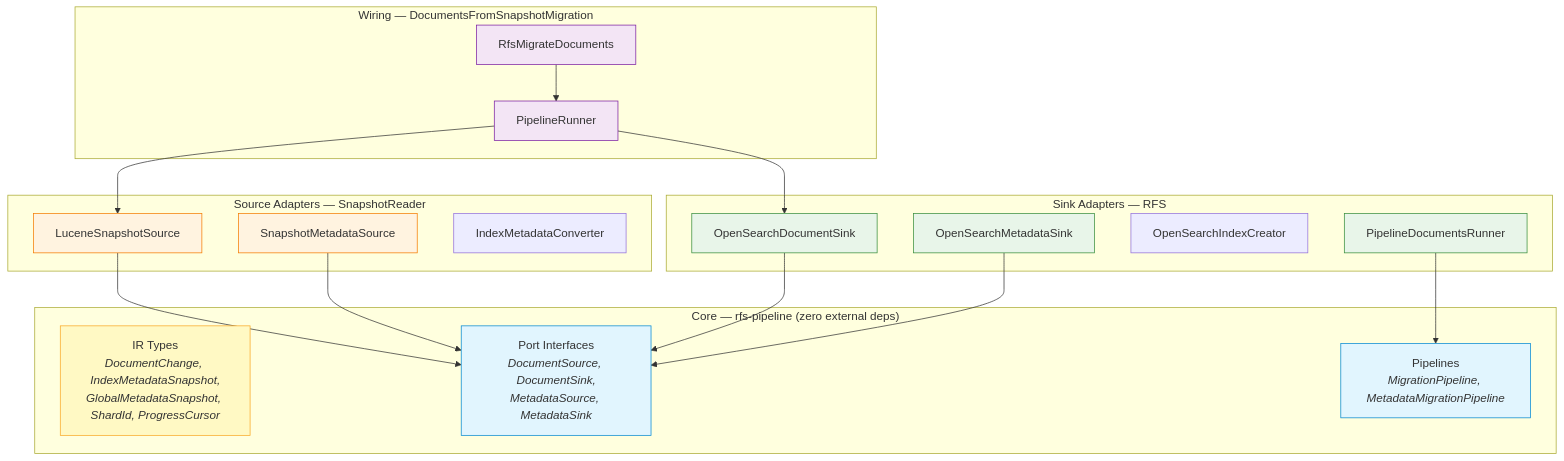
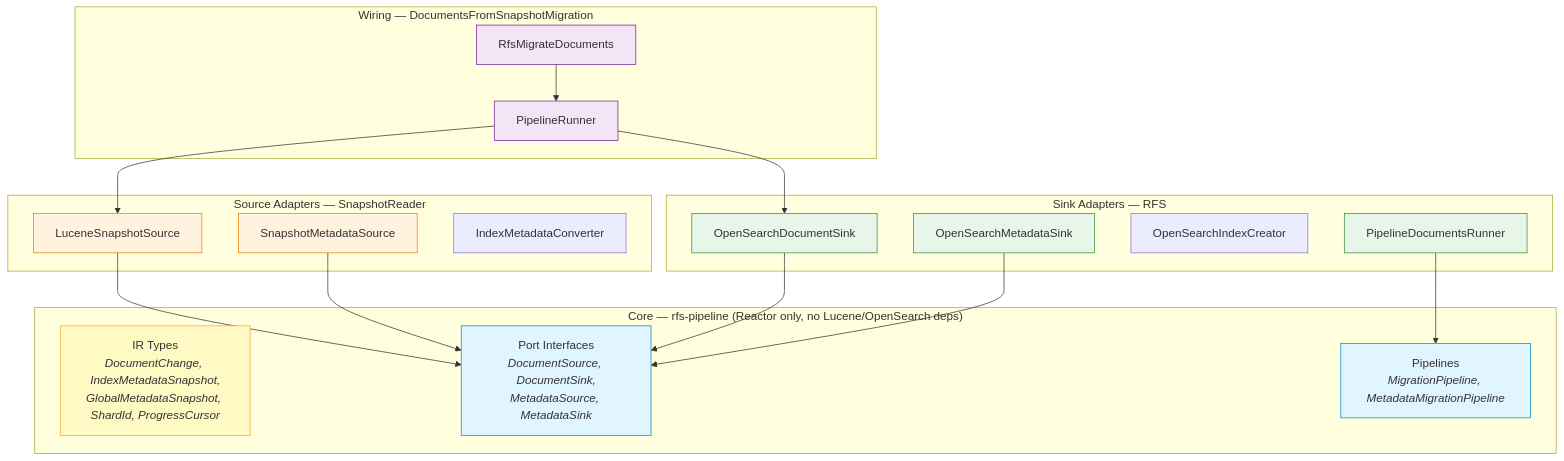
One commit to opensearch-project/opensearch-migrations changed the diagram in rfs-pipeline/docs/architecture.md. Above: the diagram before and after it, drawn with Mermaid. The commit also changed other lines of this file and 23 other files, not shown here.

````diff
--- a/rfs-pipeline/docs/architecture.md
+++ b/rfs-pipeline/docs/architecture.md
@@ -5,46 +5,46 @@
 ```mermaid
 graph TD
-    subgraph "Core — rfs-pipeline (zero external deps)"
+    subgraph "Core — rfs-pipeline (Reactor only, no Lucene/OpenSearch deps)"
         IR["IR Types<br/><i>DocumentChange, IndexMetadataSnapshot,<br/>GlobalMetadataSnapshot, ShardId, ProgressCursor</i>"]
         PORTS["Port Interfaces<br/><i>DocumentSource, DocumentSink,<br/>MetadataSource, MetadataSink</i>"]
         PIPES["Pipelines<br/><i>MigrationPipeline, MetadataMigrationPipeline</i>"]
     end
 
     subgraph "Source Adapters — SnapshotReader"
         LSS["LuceneSnapshotSource"]
         SMS["SnapshotMetadataSource"]
         IMC["IndexMetadataConverter"]
     end
 
     subgraph "Sink Adapters — RFS"
         ODS["OpenSearchDocumentSink"]
         OMS["OpenSearchMetadataSink"]
         OIC["OpenSearchIndexCreator"]
         PDR["PipelineDocumentsRunner"]
     end
 
     subgraph "Wiring — DocumentsFromSnapshotMigration"
         PR["PipelineRunner"]
         MAIN["RfsMigrateDocuments"]
     end
 
     LSS --> PORTS
     SMS --> PORTS
     ODS --> PORTS
     OMS --> PORTS
     PDR --> PIPES
     PR --> LSS
     PR --> ODS
     MAIN --> PR
 
     style IR fill:#fff9c4,stroke:#f9a825
     style PORTS fill:#e1f5fe,stroke:#0288d1
     style PIPES fill:#e1f5fe,stroke:#0288d1
     style LSS fill:#fff3e0,stroke:#f57c00
     style SMS fill:#fff3e0,stroke:#f57c00
     style ODS fill:#e8f5e9,stroke:#388e3c
     style OMS fill:#e8f5e9,stroke:#388e3c
     style PDR fill:#e8f5e9,stroke:#388e3c
     style PR fill:#f3e5f5,stroke:#7b1fa2
     style MAIN fill:#f3e5f5,stroke:#7b1fa2
 ```
````
